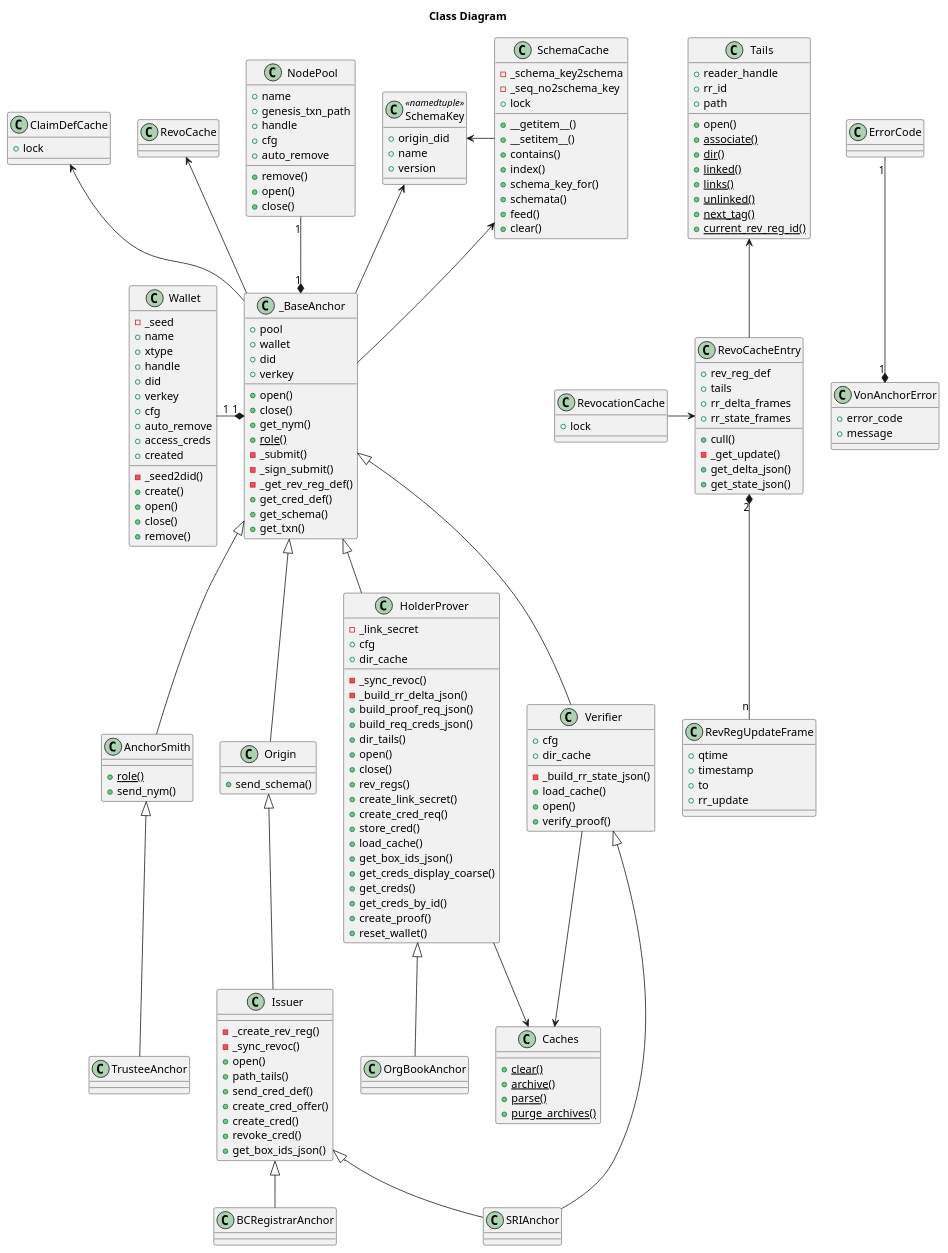
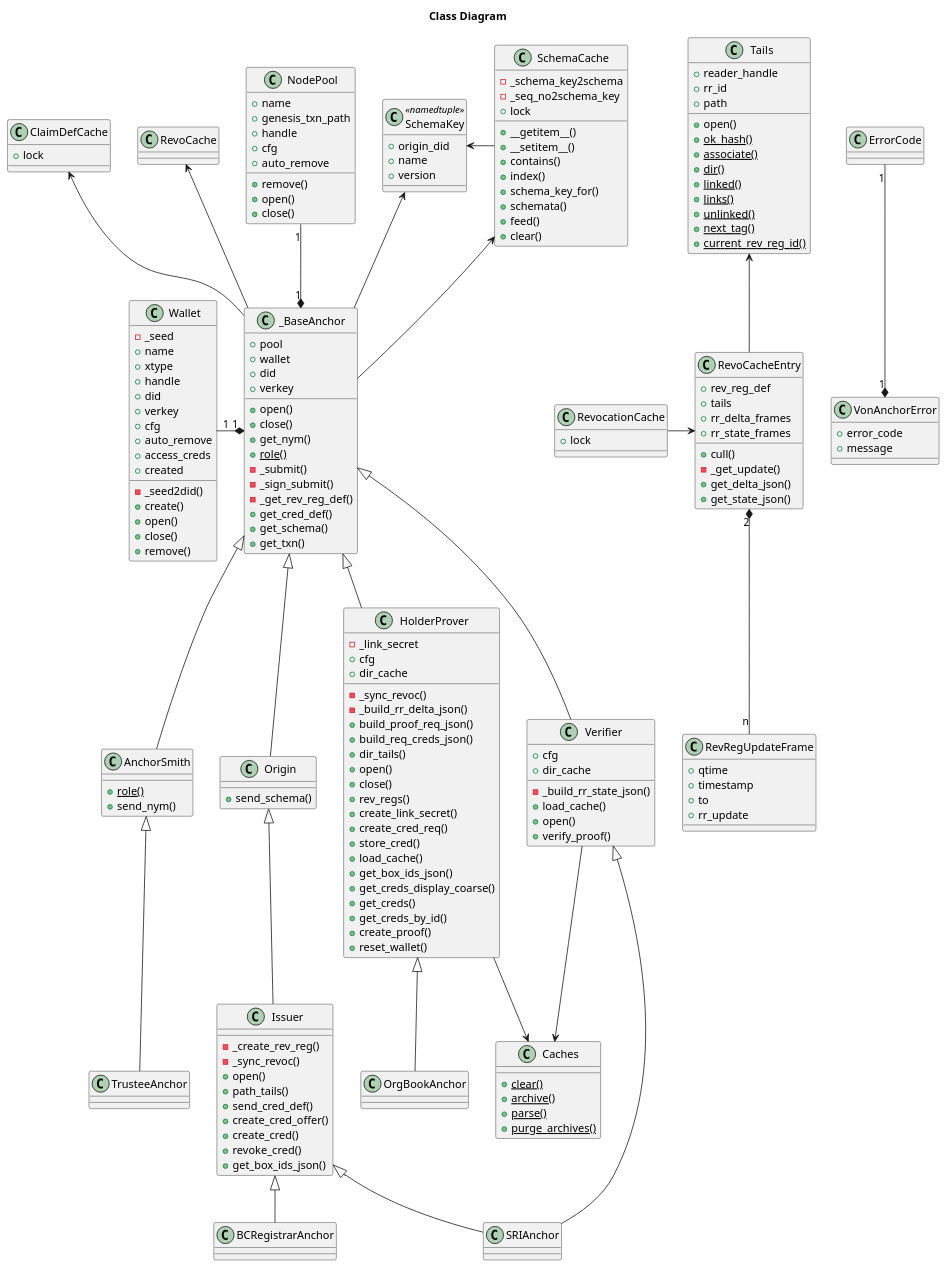
The diagram in doc/pic/src/class.puml (PSPC-SPAC-buyandsell/von_base), drawn with PlantUML before and after one commit. The commit also changed 7 other files, not shown here.

```diff
--- a/doc/pic/src/class.puml
+++ b/doc/pic/src/class.puml
@@ -54,6 +54,7 @@
     +rr_id
     +path
     +open()
+    {static} +ok_hash()
     {static} +associate()
     {static} +dir()
     {static} +linked()
```
